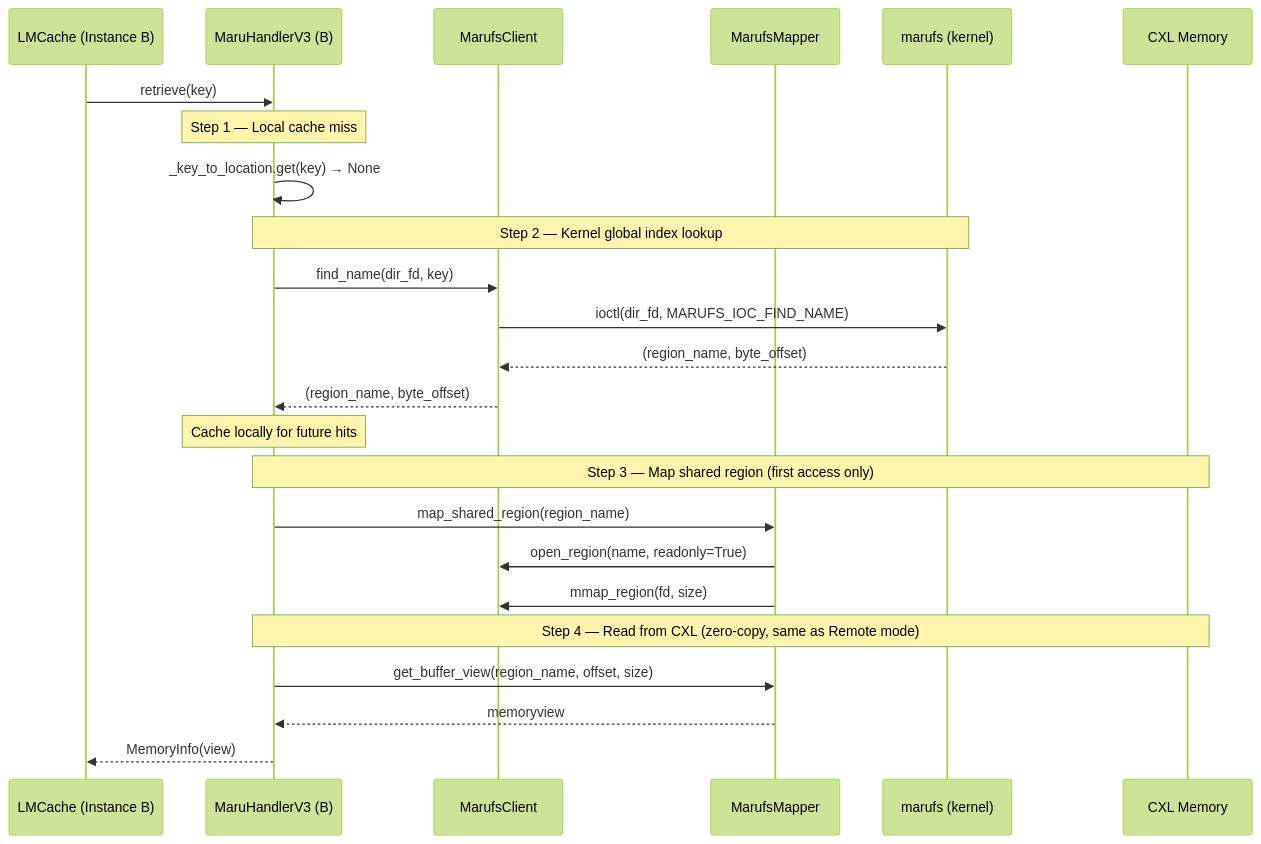
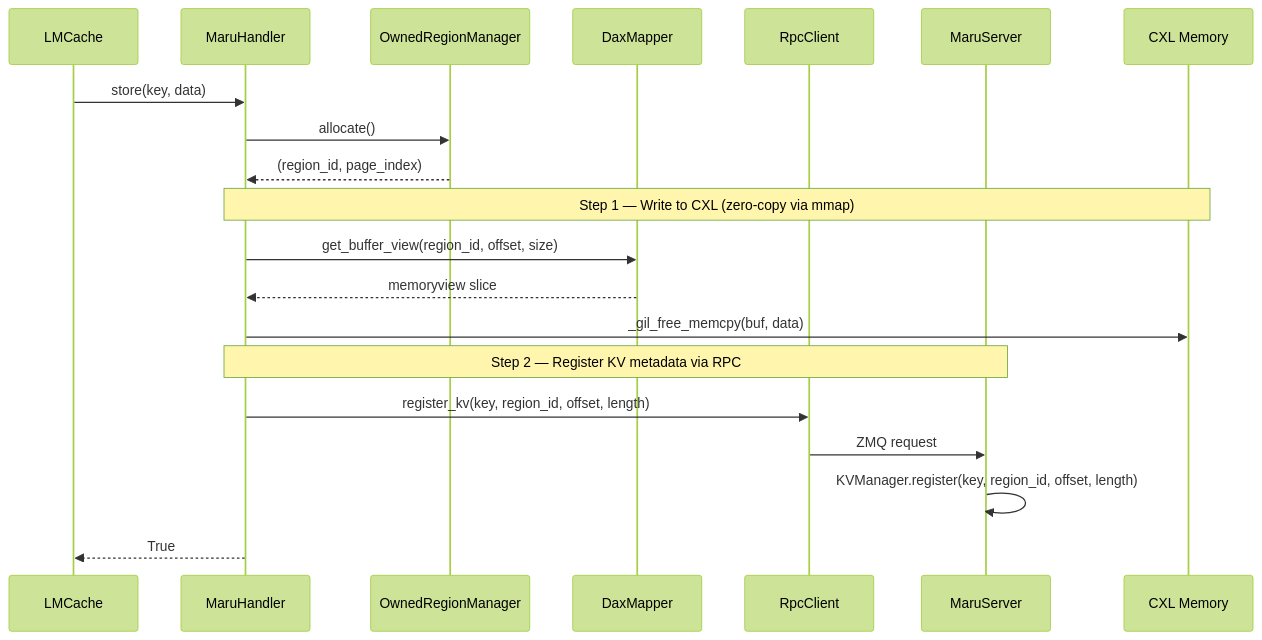
Before and after one commit to xcena-dev/maru: the fourth of 8 diagrams in docs/source/design_doc/maru_fs.md, drawn with Mermaid (forest theme). The commit also changed other lines of this file and 68 other files, not shown here.

Commit message:
feat: add marufs client library for CXL shared memory via VFS

````diff
--- a/docs/source/design_doc/maru_fs.md
+++ b/docs/source/design_doc/maru_fs.md
@@ -123,32 +150,26 @@
 ```mermaid
 sequenceDiagram
-    participant C as LMCache (Instance B)
-    participant H as MaruHandlerV3 (B)
-    participant XC as MarufsClient
-    participant XM as MarufsMapper
-    participant K as marufs (kernel)
+    participant C as LMCache
+    participant H as MaruHandler
+    participant ORM as OwnedRegionManager
+    participant DM as DaxMapper
+    participant RPC as RpcClient
+    participant S as MaruServer
     participant CXL as CXL Memory
 
-    C->>H: retrieve(key)
+    C->>H: store(key, data)
+    H->>ORM: allocate()
+    ORM-->>H: (region_id, page_index)
 
-    Note over H: Step 1 — Local cache miss
-    H->>H: _key_to_location.get(key) → None
+    Note over H,CXL: Step 1 — Write to CXL (zero-copy via mmap)
+    H->>DM: get_buffer_view(region_id, offset, size)
+    DM-->>H: memoryview slice
+    H->>CXL: _gil_free_memcpy(buf, data)
 
-    Note over H,K: Step 2 — Kernel global index lookup
-    H->>XC: find_name(dir_fd, key)
-    XC->>K: ioctl(dir_fd, MARUFS_IOC_FIND_NAME)
-    K-->>XC: (region_name, byte_offset)
-    XC-->>H: (region_name, byte_offset)
+    Note over H,S: Step 2 — Register KV metadata via RPC
+    H->>RPC: register_kv(key, region_id, offset, length)
+    RPC->>S: ZMQ request
+    S->>S: KVManager.register(key, region_id, offset, length)
 
-    Note over H: Cache locally for future hits
-
-    Note over H,CXL: Step 3 — Map shared region (first access only)
-    H->>XM: map_shared_region(region_name)
-    XM->>XC: open_region(name, readonly=True)
-    XM->>XC: mmap_region(fd, size)
-
-    Note over H,CXL: Step 4 — Read from CXL (zero-copy, same as Remote mode)
-    H->>XM: get_buffer_view(region_name, offset, size)
-    XM-->>H: memoryview
-    H-->>C: MemoryInfo(view)
+    H-->>C: True
 ```
````
